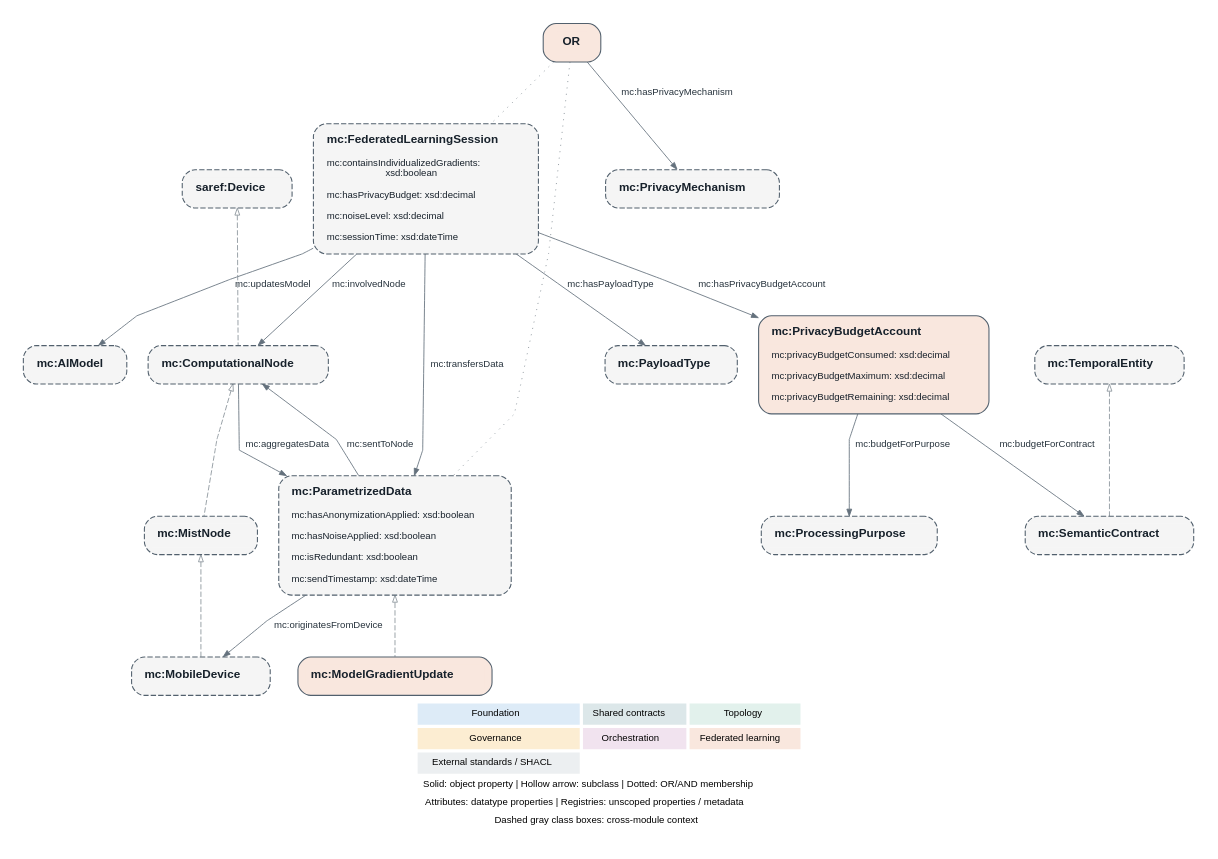
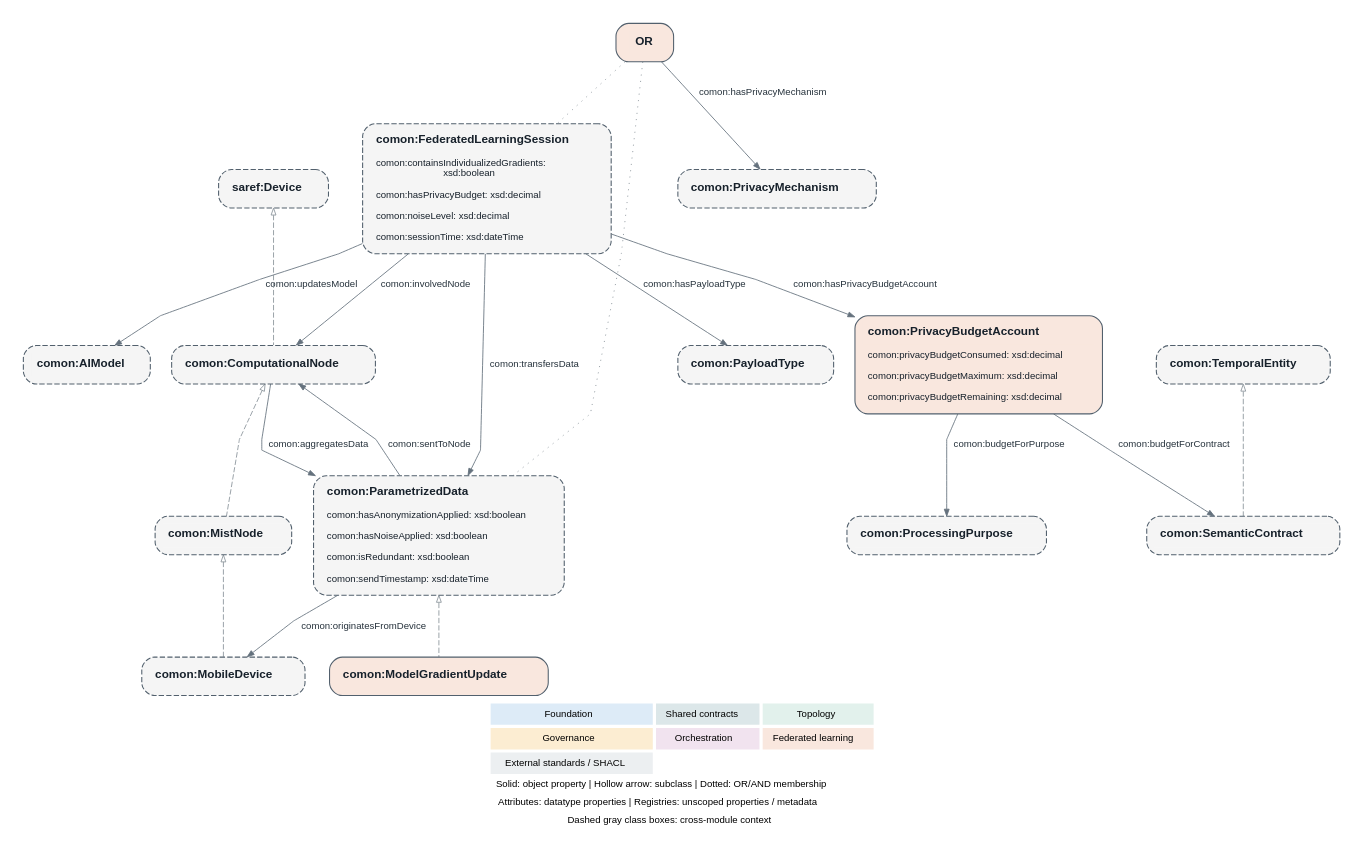
Before and after one commit to MauronMP/Continuum_Monitoring: the diagram in ontology/diagrams/sources/modules/federation.dot, drawn with Graphviz. The commit also changed 1451 other files, not shown here.

```diff
--- a/ontology/diagrams/sources/modules/federation.dot
+++ b/ontology/diagrams/sources/modules/federation.dot
@@ -8,32 +8,32 @@
   edge [color="#64717D", fontcolor="#26323C", fontname="Helvetica",
         fontsize=9, arrowsize=0.65, penwidth=0.8];
   label=<<TABLE BORDER="0" CELLBORDER="0" CELLSPACING="3"><TR><TD BGCOLOR="#DDEBF7" CELLPADDING="5"><FONT POINT-SIZE="9">Foundation</FONT></TD><TD BGCOLOR="#DCE7E9" CELLPADDING="5"><FONT POINT-SIZE="9">Shared contracts</FONT></TD><TD BGCOLOR="#E2F1EC" CELLPADDING="5"><FONT POINT-SIZE="9">Topology</FONT></TD></TR><TR><TD BGCOLOR="#FCEDD2" CELLPADDING="5"><FONT POINT-SIZE="9">Governance</FONT></TD><TD BGCOLOR="#F1E3EF" CELLPADDING="5"><FONT POINT-SIZE="9">Orchestration</FONT></TD><TD BGCOLOR="#F9E7DE" CELLPADDING="5"><FONT POINT-SIZE="9">Federated learning</FONT></TD></TR><TR><TD BGCOLOR="#ECEFF1" CELLPADDING="5"><FONT POINT-SIZE="9">External standards / SHACL</FONT></TD></TR><TR><TD COLSPAN="3"><FONT POINT-SIZE="9">Solid: object property | Hollow arrow: subclass | Dotted: OR/AND membership</FONT></TD></TR><TR><TD COLSPAN="3"><FONT POINT-SIZE="9">Attributes: datatype properties | Registries: unscoped properties / metadata</FONT></TD></TR><TR><TD COLSPAN="3"><FONT POINT-SIZE="9">Dashed gray class boxes: cross-module context</FONT></TD></TR></TABLE>>;
-  "http://example.org/monitoringcontinuum#AIModel" [label=<<TABLE BORDER="0" CELLBORDER="0" CELLSPACING="0" CELLPADDING="5"><TR><TD BGCOLOR="#F5F5F5" ALIGN="LEFT"><B>mc:AIModel</B></TD></TR></TABLE>>, fillcolor="#F5F5F5", tooltip="http://example.org/monitoringcontinuum#AIModel", style="rounded,dashed,filled"];
-  "http://example.org/monitoringcontinuum#ComputationalNode" [label=<<TABLE BORDER="0" CELLBORDER="0" CELLSPACING="0" CELLPADDING="5"><TR><TD BGCOLOR="#F5F5F5" ALIGN="LEFT"><B>mc:ComputationalNode</B></TD></TR></TABLE>>, fillcolor="#F5F5F5", tooltip="http://example.org/monitoringcontinuum#ComputationalNode", style="rounded,dashed,filled"];
-  "http://example.org/monitoringcontinuum#FederatedLearningSession" [label=<<TABLE BORDER="0" CELLBORDER="0" CELLSPACING="0" CELLPADDING="5"><TR><TD BGCOLOR="#F5F5F5" ALIGN="LEFT"><B>mc:FederatedLearningSession</B></TD></TR><TR><TD ALIGN="LEFT" TOOLTIP="http://example.org/monitoringcontinuum#containsIndividualizedGradients"><FONT POINT-SIZE="9">mc:containsIndividualizedGradients:<BR ALIGN="LEFT"/>xsd:boolean</FONT></TD></TR><TR><TD ALIGN="LEFT" TOOLTIP="http://example.org/monitoringcontinuum#hasPrivacyBudget"><FONT POINT-SIZE="9">mc:hasPrivacyBudget: xsd:decimal</FONT></TD></TR><TR><TD ALIGN="LEFT" TOOLTIP="http://example.org/monitoringcontinuum#noiseLevel"><FONT POINT-SIZE="9">mc:noiseLevel: xsd:decimal</FONT></TD></TR><TR><TD ALIGN="LEFT" TOOLTIP="http://example.org/monitoringcontinuum#sessionTime"><FONT POINT-SIZE="9">mc:sessionTime: xsd:dateTime</FONT></TD></TR></TABLE>>, fillcolor="#F5F5F5", tooltip="http://example.org/monitoringcontinuum#FederatedLearningSession", style="rounded,dashed,filled"];
-  "http://example.org/monitoringcontinuum#MistNode" [label=<<TABLE BORDER="0" CELLBORDER="0" CELLSPACING="0" CELLPADDING="5"><TR><TD BGCOLOR="#F5F5F5" ALIGN="LEFT"><B>mc:MistNode</B></TD></TR></TABLE>>, fillcolor="#F5F5F5", tooltip="http://example.org/monitoringcontinuum#MistNode", style="rounded,dashed,filled"];
-  "http://example.org/monitoringcontinuum#MobileDevice" [label=<<TABLE BORDER="0" CELLBORDER="0" CELLSPACING="0" CELLPADDING="5"><TR><TD BGCOLOR="#F5F5F5" ALIGN="LEFT"><B>mc:MobileDevice</B></TD></TR></TABLE>>, fillcolor="#F5F5F5", tooltip="http://example.org/monitoringcontinuum#MobileDevice", style="rounded,dashed,filled"];
-  "http://example.org/monitoringcontinuum#ModelGradientUpdate" [label=<<TABLE BORDER="0" CELLBORDER="0" CELLSPACING="0" CELLPADDING="5"><TR><TD BGCOLOR="#F9E7DE" ALIGN="LEFT"><B>mc:ModelGradientUpdate</B></TD></TR></TABLE>>, fillcolor="#F9E7DE", tooltip="http://example.org/monitoringcontinuum#ModelGradientUpdate"];
-  "http://example.org/monitoringcontinuum#ParametrizedData" [label=<<TABLE BORDER="0" CELLBORDER="0" CELLSPACING="0" CELLPADDING="5"><TR><TD BGCOLOR="#F5F5F5" ALIGN="LEFT"><B>mc:ParametrizedData</B></TD></TR><TR><TD ALIGN="LEFT" TOOLTIP="http://example.org/monitoringcontinuum#hasAnonymizationApplied"><FONT POINT-SIZE="9">mc:hasAnonymizationApplied: xsd:boolean</FONT></TD></TR><TR><TD ALIGN="LEFT" TOOLTIP="http://example.org/monitoringcontinuum#hasNoiseApplied"><FONT POINT-SIZE="9">mc:hasNoiseApplied: xsd:boolean</FONT></TD></TR><TR><TD ALIGN="LEFT" TOOLTIP="http://example.org/monitoringcontinuum#isRedundant"><FONT POINT-SIZE="9">mc:isRedundant: xsd:boolean</FONT></TD></TR><TR><TD ALIGN="LEFT" TOOLTIP="http://example.org/monitoringcontinuum#sendTimestamp"><FONT POINT-SIZE="9">mc:sendTimestamp: xsd:dateTime</FONT></TD></TR></TABLE>>, fillcolor="#F5F5F5", tooltip="http://example.org/monitoringcontinuum#ParametrizedData", style="rounded,dashed,filled"];
-  "http://example.org/monitoringcontinuum#PayloadType" [label=<<TABLE BORDER="0" CELLBORDER="0" CELLSPACING="0" CELLPADDING="5"><TR><TD BGCOLOR="#F5F5F5" ALIGN="LEFT"><B>mc:PayloadType</B></TD></TR></TABLE>>, fillcolor="#F5F5F5", tooltip="http://example.org/monitoringcontinuum#PayloadType", style="rounded,dashed,filled"];
-  "http://example.org/monitoringcontinuum#PrivacyBudgetAccount" [label=<<TABLE BORDER="0" CELLBORDER="0" CELLSPACING="0" CELLPADDING="5"><TR><TD BGCOLOR="#F9E7DE" ALIGN="LEFT"><B>mc:PrivacyBudgetAccount</B></TD></TR><TR><TD ALIGN="LEFT" TOOLTIP="http://example.org/monitoringcontinuum#privacyBudgetConsumed"><FONT POINT-SIZE="9">mc:privacyBudgetConsumed: xsd:decimal</FONT></TD></TR><TR><TD ALIGN="LEFT" TOOLTIP="http://example.org/monitoringcontinuum#privacyBudgetMaximum"><FONT POINT-SIZE="9">mc:privacyBudgetMaximum: xsd:decimal</FONT></TD></TR><TR><TD ALIGN="LEFT" TOOLTIP="http://example.org/monitoringcontinuum#privacyBudgetRemaining"><FONT POINT-SIZE="9">mc:privacyBudgetRemaining: xsd:decimal</FONT></TD></TR></TABLE>>, fillcolor="#F9E7DE", tooltip="http://example.org/monitoringcontinuum#PrivacyBudgetAccount"];
-  "http://example.org/monitoringcontinuum#PrivacyMechanism" [label=<<TABLE BORDER="0" CELLBORDER="0" CELLSPACING="0" CELLPADDING="5"><TR><TD BGCOLOR="#F5F5F5" ALIGN="LEFT"><B>mc:PrivacyMechanism</B></TD></TR></TABLE>>, fillcolor="#F5F5F5", tooltip="http://example.org/monitoringcontinuum#PrivacyMechanism", style="rounded,dashed,filled"];
-  "http://example.org/monitoringcontinuum#ProcessingPurpose" [label=<<TABLE BORDER="0" CELLBORDER="0" CELLSPACING="0" CELLPADDING="5"><TR><TD BGCOLOR="#F5F5F5" ALIGN="LEFT"><B>mc:ProcessingPurpose</B></TD></TR></TABLE>>, fillcolor="#F5F5F5", tooltip="http://example.org/monitoringcontinuum#ProcessingPurpose", style="rounded,dashed,filled"];
-  "http://example.org/monitoringcontinuum#SemanticContract" [label=<<TABLE BORDER="0" CELLBORDER="0" CELLSPACING="0" CELLPADDING="5"><TR><TD BGCOLOR="#F5F5F5" ALIGN="LEFT"><B>mc:SemanticContract</B></TD></TR></TABLE>>, fillcolor="#F5F5F5", tooltip="http://example.org/monitoringcontinuum#SemanticContract", style="rounded,dashed,filled"];
-  "http://example.org/monitoringcontinuum#TemporalEntity" [label=<<TABLE BORDER="0" CELLBORDER="0" CELLSPACING="0" CELLPADDING="5"><TR><TD BGCOLOR="#F5F5F5" ALIGN="LEFT"><B>mc:TemporalEntity</B></TD></TR></TABLE>>, fillcolor="#F5F5F5", tooltip="http://example.org/monitoringcontinuum#TemporalEntity", style="rounded,dashed,filled"];
+  "http://example.org/monitoringcontinuum#AIModel" [label=<<TABLE BORDER="0" CELLBORDER="0" CELLSPACING="0" CELLPADDING="5"><TR><TD BGCOLOR="#F5F5F5" ALIGN="LEFT"><B>comon:AIModel</B></TD></TR></TABLE>>, fillcolor="#F5F5F5", tooltip="http://example.org/monitoringcontinuum#AIModel", style="rounded,dashed,filled"];
+  "http://example.org/monitoringcontinuum#ComputationalNode" [label=<<TABLE BORDER="0" CELLBORDER="0" CELLSPACING="0" CELLPADDING="5"><TR><TD BGCOLOR="#F5F5F5" ALIGN="LEFT"><B>comon:ComputationalNode</B></TD></TR></TABLE>>, fillcolor="#F5F5F5", tooltip="http://example.org/monitoringcontinuum#ComputationalNode", style="rounded,dashed,filled"];
+  "http://example.org/monitoringcontinuum#FederatedLearningSession" [label=<<TABLE BORDER="0" CELLBORDER="0" CELLSPACING="0" CELLPADDING="5"><TR><TD BGCOLOR="#F5F5F5" ALIGN="LEFT"><B>comon:FederatedLearningSession</B></TD></TR><TR><TD ALIGN="LEFT" TOOLTIP="http://example.org/monitoringcontinuum#containsIndividualizedGradients"><FONT POINT-SIZE="9">comon:containsIndividualizedGradients:<BR ALIGN="LEFT"/>xsd:boolean</FONT></TD></TR><TR><TD ALIGN="LEFT" TOOLTIP="http://example.org/monitoringcontinuum#hasPrivacyBudget"><FONT POINT-SIZE="9">comon:hasPrivacyBudget: xsd:decimal</FONT></TD></TR><TR><TD ALIGN="LEFT" TOOLTIP="http://example.org/monitoringcontinuum#noiseLevel"><FONT POINT-SIZE="9">comon:noiseLevel: xsd:decimal</FONT></TD></TR><TR><TD ALIGN="LEFT" TOOLTIP="http://example.org/monitoringcontinuum#sessionTime"><FONT POINT-SIZE="9">comon:sessionTime: xsd:dateTime</FONT></TD></TR></TABLE>>, fillcolor="#F5F5F5", tooltip="http://example.org/monitoringcontinuum#FederatedLearningSession", style="rounded,dashed,filled"];
+  "http://example.org/monitoringcontinuum#MistNode" [label=<<TABLE BORDER="0" CELLBORDER="0" CELLSPACING="0" CELLPADDING="5"><TR><TD BGCOLOR="#F5F5F5" ALIGN="LEFT"><B>comon:MistNode</B></TD></TR></TABLE>>, fillcolor="#F5F5F5", tooltip="http://example.org/monitoringcontinuum#MistNode", style="rounded,dashed,filled"];
+  "http://example.org/monitoringcontinuum#MobileDevice" [label=<<TABLE BORDER="0" CELLBORDER="0" CELLSPACING="0" CELLPADDING="5"><TR><TD BGCOLOR="#F5F5F5" ALIGN="LEFT"><B>comon:MobileDevice</B></TD></TR></TABLE>>, fillcolor="#F5F5F5", tooltip="http://example.org/monitoringcontinuum#MobileDevice", style="rounded,dashed,filled"];
+  "http://example.org/monitoringcontinuum#ModelGradientUpdate" [label=<<TABLE BORDER="0" CELLBORDER="0" CELLSPACING="0" CELLPADDING="5"><TR><TD BGCOLOR="#F9E7DE" ALIGN="LEFT"><B>comon:ModelGradientUpdate</B></TD></TR></TABLE>>, fillcolor="#F9E7DE", tooltip="http://example.org/monitoringcontinuum#ModelGradientUpdate"];
+  "http://example.org/monitoringcontinuum#ParametrizedData" [label=<<TABLE BORDER="0" CELLBORDER="0" CELLSPACING="0" CELLPADDING="5"><TR><TD BGCOLOR="#F5F5F5" ALIGN="LEFT"><B>comon:ParametrizedData</B></TD></TR><TR><TD ALIGN="LEFT" TOOLTIP="http://example.org/monitoringcontinuum#hasAnonymizationApplied"><FONT POINT-SIZE="9">comon:hasAnonymizationApplied: xsd:boolean</FONT></TD></TR><TR><TD ALIGN="LEFT" TOOLTIP="http://example.org/monitoringcontinuum#hasNoiseApplied"><FONT POINT-SIZE="9">comon:hasNoiseApplied: xsd:boolean</FONT></TD></TR><TR><TD ALIGN="LEFT" TOOLTIP="http://example.org/monitoringcontinuum#isRedundant"><FONT POINT-SIZE="9">comon:isRedundant: xsd:boolean</FONT></TD></TR><TR><TD ALIGN="LEFT" TOOLTIP="http://example.org/monitoringcontinuum#sendTimestamp"><FONT POINT-SIZE="9">comon:sendTimestamp: xsd:dateTime</FONT></TD></TR></TABLE>>, fillcolor="#F5F5F5", tooltip="http://example.org/monitoringcontinuum#ParametrizedData", style="rounded,dashed,filled"];
+  "http://example.org/monitoringcontinuum#PayloadType" [label=<<TABLE BORDER="0" CELLBORDER="0" CELLSPACING="0" CELLPADDING="5"><TR><TD BGCOLOR="#F5F5F5" ALIGN="LEFT"><B>comon:PayloadType</B></TD></TR></TABLE>>, fillcolor="#F5F5F5", tooltip="http://example.org/monitoringcontinuum#PayloadType", style="rounded,dashed,filled"];
+  "http://example.org/monitoringcontinuum#PrivacyBudgetAccount" [label=<<TABLE BORDER="0" CELLBORDER="0" CELLSPACING="0" CELLPADDING="5"><TR><TD BGCOLOR="#F9E7DE" ALIGN="LEFT"><B>comon:PrivacyBudgetAccount</B></TD></TR><TR><TD ALIGN="LEFT" TOOLTIP="http://example.org/monitoringcontinuum#privacyBudgetConsumed"><FONT POINT-SIZE="9">comon:privacyBudgetConsumed: xsd:decimal</FONT></TD></TR><TR><TD ALIGN="LEFT" TOOLTIP="http://example.org/monitoringcontinuum#privacyBudgetMaximum"><FONT POINT-SIZE="9">comon:privacyBudgetMaximum: xsd:decimal</FONT></TD></TR><TR><TD ALIGN="LEFT" TOOLTIP="http://example.org/monitoringcontinuum#privacyBudgetRemaining"><FONT POINT-SIZE="9">comon:privacyBudgetRemaining: xsd:decimal</FONT></TD></TR></TABLE>>, fillcolor="#F9E7DE", tooltip="http://example.org/monitoringcontinuum#PrivacyBudgetAccount"];
+  "http://example.org/monitoringcontinuum#PrivacyMechanism" [label=<<TABLE BORDER="0" CELLBORDER="0" CELLSPACING="0" CELLPADDING="5"><TR><TD BGCOLOR="#F5F5F5" ALIGN="LEFT"><B>comon:PrivacyMechanism</B></TD></TR></TABLE>>, fillcolor="#F5F5F5", tooltip="http://example.org/monitoringcontinuum#PrivacyMechanism", style="rounded,dashed,filled"];
+  "http://example.org/monitoringcontinuum#ProcessingPurpose" [label=<<TABLE BORDER="0" CELLBORDER="0" CELLSPACING="0" CELLPADDING="5"><TR><TD BGCOLOR="#F5F5F5" ALIGN="LEFT"><B>comon:ProcessingPurpose</B></TD></TR></TABLE>>, fillcolor="#F5F5F5", tooltip="http://example.org/monitoringcontinuum#ProcessingPurpose", style="rounded,dashed,filled"];
+  "http://example.org/monitoringcontinuum#SemanticContract" [label=<<TABLE BORDER="0" CELLBORDER="0" CELLSPACING="0" CELLPADDING="5"><TR><TD BGCOLOR="#F5F5F5" ALIGN="LEFT"><B>comon:SemanticContract</B></TD></TR></TABLE>>, fillcolor="#F5F5F5", tooltip="http://example.org/monitoringcontinuum#SemanticContract", style="rounded,dashed,filled"];
+  "http://example.org/monitoringcontinuum#TemporalEntity" [label=<<TABLE BORDER="0" CELLBORDER="0" CELLSPACING="0" CELLPADDING="5"><TR><TD BGCOLOR="#F5F5F5" ALIGN="LEFT"><B>comon:TemporalEntity</B></TD></TR></TABLE>>, fillcolor="#F5F5F5", tooltip="http://example.org/monitoringcontinuum#TemporalEntity", style="rounded,dashed,filled"];
   "https://saref.etsi.org/core/Device" [label=<<TABLE BORDER="0" CELLBORDER="0" CELLSPACING="0" CELLPADDING="5"><TR><TD BGCOLOR="#F5F5F5" ALIGN="LEFT"><B>saref:Device</B></TD></TR></TABLE>>, fillcolor="#F5F5F5", tooltip="https://saref.etsi.org/core/Device", style="rounded,dashed,filled"];
   "urn:continuum:ontology:4.0.0:node:97" [label=<<TABLE BORDER="0" CELLBORDER="0" CELLSPACING="0" CELLPADDING="5"><TR><TD BGCOLOR="#F9E7DE" ALIGN="LEFT"><B>OR</B></TD></TR></TABLE>>, fillcolor="#F9E7DE", tooltip="urn:continuum:ontology:4.0.0:node:97"];
-  "http://example.org/monitoringcontinuum#ComputationalNode" -> "http://example.org/monitoringcontinuum#ParametrizedData" [label="mc:aggregatesData", tooltip="http://example.org/monitoringcontinuum#aggregatesData"];
-  "http://example.org/monitoringcontinuum#PrivacyBudgetAccount" -> "http://example.org/monitoringcontinuum#SemanticContract" [label="mc:budgetForContract", tooltip="http://example.org/monitoringcontinuum#budgetForContract"];
-  "http://example.org/monitoringcontinuum#PrivacyBudgetAccount" -> "http://example.org/monitoringcontinuum#ProcessingPurpose" [label="mc:budgetForPurpose", tooltip="http://example.org/monitoringcontinuum#budgetForPurpose"];
-  "http://example.org/monitoringcontinuum#FederatedLearningSession" -> "http://example.org/monitoringcontinuum#PayloadType" [label="mc:hasPayloadType", tooltip="http://example.org/monitoringcontinuum#hasPayloadType"];
-  "http://example.org/monitoringcontinuum#FederatedLearningSession" -> "http://example.org/monitoringcontinuum#PrivacyBudgetAccount" [label="mc:hasPrivacyBudgetAccount", tooltip="http://example.org/monitoringcontinuum#hasPrivacyBudgetAccount"];
-  "urn:continuum:ontology:4.0.0:node:97" -> "http://example.org/monitoringcontinuum#PrivacyMechanism" [label="mc:hasPrivacyMechanism", tooltip="http://example.org/monitoringcontinuum#hasPrivacyMechanism"];
-  "http://example.org/monitoringcontinuum#FederatedLearningSession" -> "http://example.org/monitoringcontinuum#ComputationalNode" [label="mc:involvedNode", tooltip="http://example.org/monitoringcontinuum#involvedNode"];
-  "http://example.org/monitoringcontinuum#ParametrizedData" -> "http://example.org/monitoringcontinuum#MobileDevice" [label="mc:originatesFromDevice", tooltip="http://example.org/monitoringcontinuum#originatesFromDevice"];
-  "http://example.org/monitoringcontinuum#ParametrizedData" -> "http://example.org/monitoringcontinuum#ComputationalNode" [label="mc:sentToNode", tooltip="http://example.org/monitoringcontinuum#sentToNode"];
-  "http://example.org/monitoringcontinuum#FederatedLearningSession" -> "http://example.org/monitoringcontinuum#ParametrizedData" [label="mc:transfersData", tooltip="http://example.org/monitoringcontinuum#transfersData"];
-  "http://example.org/monitoringcontinuum#FederatedLearningSession" -> "http://example.org/monitoringcontinuum#AIModel" [label="mc:updatesModel", tooltip="http://example.org/monitoringcontinuum#updatesModel"];
+  "http://example.org/monitoringcontinuum#ComputationalNode" -> "http://example.org/monitoringcontinuum#ParametrizedData" [label="comon:aggregatesData", tooltip="http://example.org/monitoringcontinuum#aggregatesData"];
+  "http://example.org/monitoringcontinuum#PrivacyBudgetAccount" -> "http://example.org/monitoringcontinuum#SemanticContract" [label="comon:budgetForContract", tooltip="http://example.org/monitoringcontinuum#budgetForContract"];
+  "http://example.org/monitoringcontinuum#PrivacyBudgetAccount" -> "http://example.org/monitoringcontinuum#ProcessingPurpose" [label="comon:budgetForPurpose", tooltip="http://example.org/monitoringcontinuum#budgetForPurpose"];
+  "http://example.org/monitoringcontinuum#FederatedLearningSession" -> "http://example.org/monitoringcontinuum#PayloadType" [label="comon:hasPayloadType", tooltip="http://example.org/monitoringcontinuum#hasPayloadType"];
+  "http://example.org/monitoringcontinuum#FederatedLearningSession" -> "http://example.org/monitoringcontinuum#PrivacyBudgetAccount" [label="comon:hasPrivacyBudgetAccount", tooltip="http://example.org/monitoringcontinuum#hasPrivacyBudgetAccount"];
+  "urn:continuum:ontology:4.0.0:node:97" -> "http://example.org/monitoringcontinuum#PrivacyMechanism" [label="comon:hasPrivacyMechanism", tooltip="http://example.org/monitoringcontinuum#hasPrivacyMechanism"];
+  "http://example.org/monitoringcontinuum#FederatedLearningSession" -> "http://example.org/monitoringcontinuum#ComputationalNode" [label="comon:involvedNode", tooltip="http://example.org/monitoringcontinuum#involvedNode"];
+  "http://example.org/monitoringcontinuum#ParametrizedData" -> "http://example.org/monitoringcontinuum#MobileDevice" [label="comon:originatesFromDevice", tooltip="http://example.org/monitoringcontinuum#originatesFromDevice"];
+  "http://example.org/monitoringcontinuum#ParametrizedData" -> "http://example.org/monitoringcontinuum#ComputationalNode" [label="comon:sentToNode", tooltip="http://example.org/monitoringcontinuum#sentToNode"];
+  "http://example.org/monitoringcontinuum#FederatedLearningSession" -> "http://example.org/monitoringcontinuum#ParametrizedData" [label="comon:transfersData", tooltip="http://example.org/monitoringcontinuum#transfersData"];
+  "http://example.org/monitoringcontinuum#FederatedLearningSession" -> "http://example.org/monitoringcontinuum#AIModel" [label="comon:updatesModel", tooltip="http://example.org/monitoringcontinuum#updatesModel"];
   "https://saref.etsi.org/core/Device" -> "http://example.org/monitoringcontinuum#ComputationalNode" [dir=back, arrowtail=empty, style=dashed, color="#8A939B", weight=2];
   "http://example.org/monitoringcontinuum#ComputationalNode" -> "http://example.org/monitoringcontinuum#MistNode" [dir=back, arrowtail=empty, style=dashed, color="#8A939B", weight=2];
   "http://example.org/monitoringcontinuum#MistNode" -> "http://example.org/monitoringcontinuum#MobileDevice" [dir=back, arrowtail=empty, style=dashed, color="#8A939B", weight=2];
```
